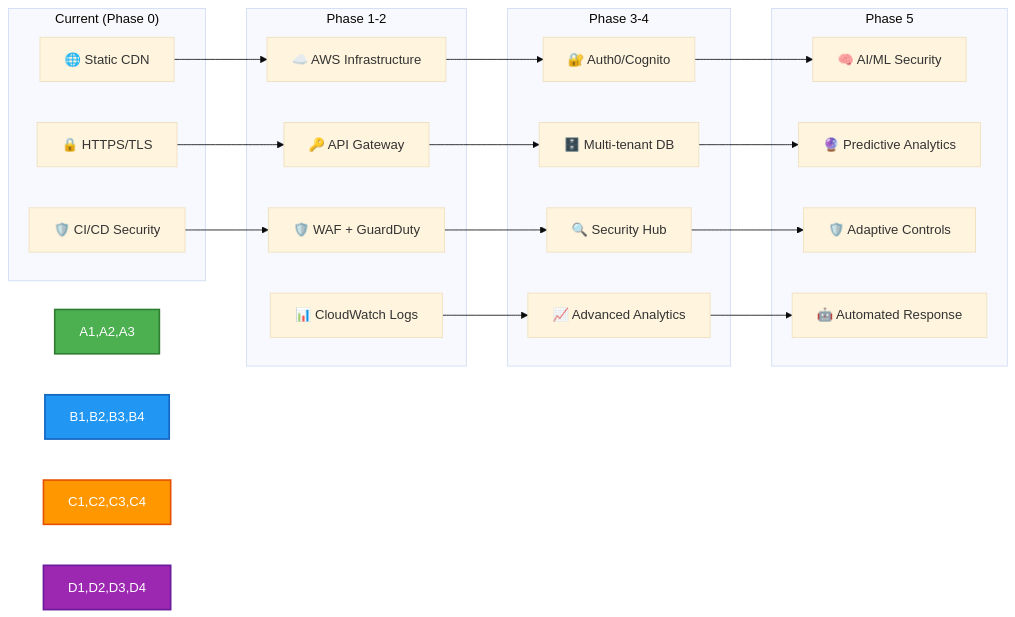
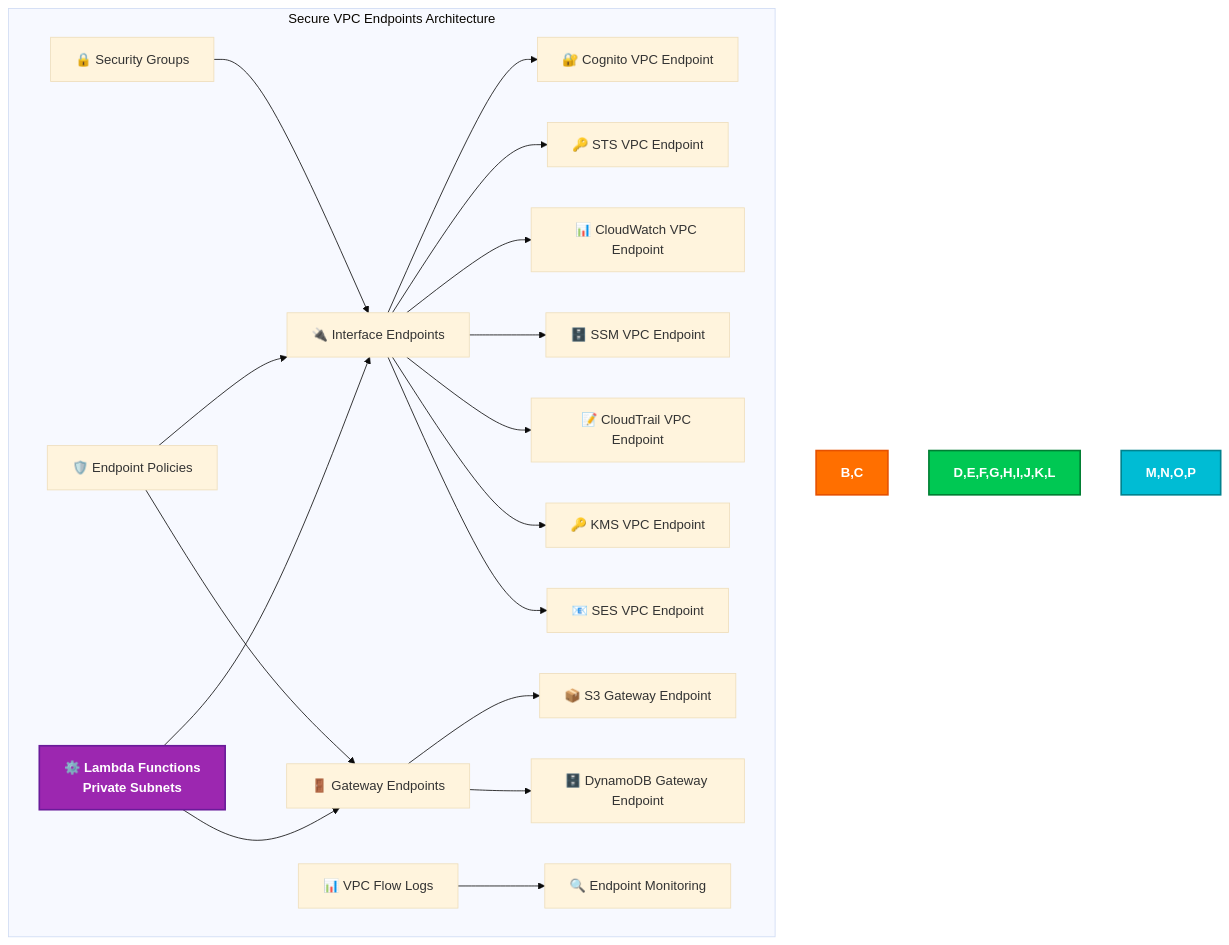
The sixth of 16 diagrams in FUTURE_SECURITY_ARCHITECTURE.md (Hack23/blacktrigram), drawn with Mermaid (base theme) before and after one commit. The commit also changed other lines of this file, not shown here.

````diff
--- a/FUTURE_SECURITY_ARCHITECTURE.md
+++ b/FUTURE_SECURITY_ARCHITECTURE.md
@@ -1153,46 +387,28 @@
 ```mermaid
-flowchart LR
-    subgraph "Current (Phase 0)"
-        A1[🌐 Static CDN]
-        A2[🔒 HTTPS/TLS]
-        A3[🛡️ CI/CD Security]
+flowchart TD
+    subgraph "Secure VPC Endpoints Architecture"
+        A[⚙️ Lambda Functions<br/>Private Subnets] --> B[🔌 Interface Endpoints]
+        A --> C[🚪 Gateway Endpoints]
+
+        B --> D[🔐 Cognito VPC Endpoint]
+        B --> E[🔑 STS VPC Endpoint]
+        B --> F[📊 CloudWatch VPC Endpoint]
+        B --> G[🗄️ SSM VPC Endpoint]
+        B --> H[📝 CloudTrail VPC Endpoint]
+        B --> I[🔑 KMS VPC Endpoint]
+        B --> J[📧 SES VPC Endpoint]
+
+        C --> K[📦 S3 Gateway Endpoint]
+        C --> L[🗄️ DynamoDB Gateway Endpoint]
+
+        M[🛡️ Endpoint Policies] --> B
+        M --> C
+        N[🔒 Security Groups] --> B
+        O[📊 VPC Flow Logs] --> P[🔍 Endpoint Monitoring]
     end
 
-    subgraph "Phase 1-2"
-        B1[☁️ AWS Infrastructure]
-        B2[🔑 API Gateway]
-        B3[🛡️ WAF + GuardDuty]
-        B4[📊 CloudWatch Logs]
-    end
-
-    subgraph "Phase 3-4"
-        C1[🔐 Auth0/Cognito]
-        C2[🗄️ Multi-tenant DB]
-        C3[🔍 Security Hub]
-        C4[📈 Advanced Analytics]
-    end
-
-    subgraph "Phase 5"
-        D1[🧠 AI/ML Security]
-        D2[🔮 Predictive Analytics]
-        D3[🛡️ Adaptive Controls]
-        D4[🤖 Automated Response]
-    end
-
-    A1 --> B1
-    A2 --> B2
-    A3 --> B3
-    B1 --> C1
-    B2 --> C2
-    B3 --> C3
-    B4 --> C4
-    C1 --> D1
-    C2 --> D2
-    C3 --> D3
-    C4 --> D4
-
-    style A1,A2,A3 fill:#4CAF50,stroke:#2E7D32,stroke-width:2px,color:white
-    style B1,B2,B3,B4 fill:#2196F3,stroke:#1565C0,stroke-width:2px,color:white
-    style C1,C2,C3,C4 fill:#FF9800,stroke:#E65100,stroke-width:2px,color:white
-    style D1,D2,D3,D4 fill:#9C27B0,stroke:#6A1B9A,stroke-width:2px,color:white
+    style A fill:#9C27B0,stroke:#6A1B9A,stroke-width:2px,color:white,font-weight:bold
+    style B,C fill:#FF6F00,stroke:#E65100,stroke-width:2px,color:white,font-weight:bold
+    style D,E,F,G,H,I,J,K,L fill:#00C853,stroke:#007E33,stroke-width:2px,color:white,font-weight:bold
+    style M,N,O,P fill:#00BCD4,stroke:#00838F,stroke-width:2px,color:white,font-weight:bold
 ```
````
